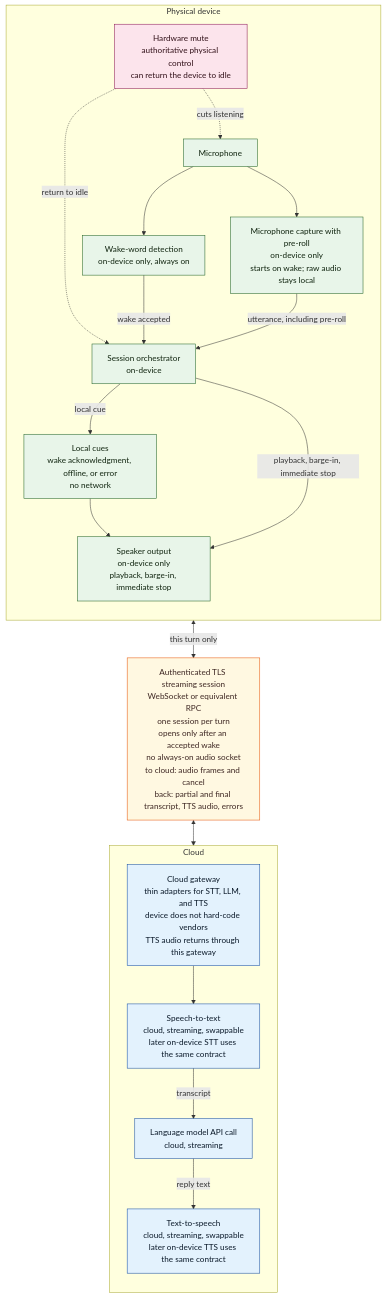
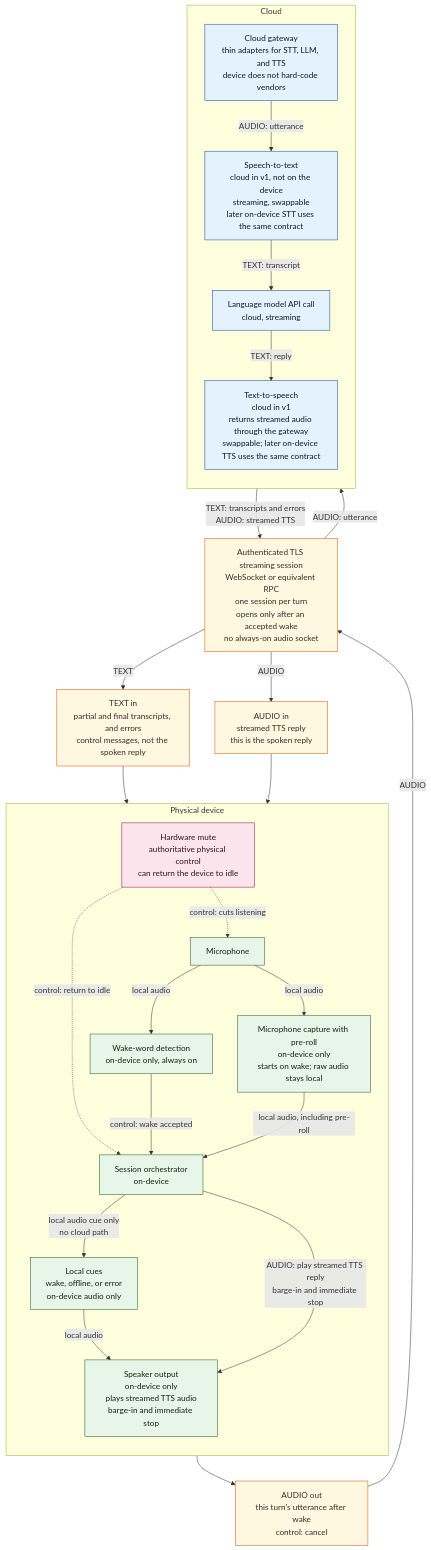
The diagram in docs/architecture.md (ndeivasi/hardware-voice-ai), drawn with Mermaid before and after one commit. The commit also changed other lines of this file, not shown here.

Commit message:
State what the device sends and receives in the architecture baseline.
Label v1 device I/O as utterance audio out, transcript text back, and streamed TTS audio for playback.

````diff
--- a/docs/architecture.md
+++ b/docs/architecture.md
@@ -15,47 +25,54 @@
 ```mermaid
 flowchart TB
   subgraph device["Physical device"]
     direction TB
     mute["Hardware mute<br/>authoritative physical control<br/>can return the device to idle"]
     mic["Microphone"]
     wake["Wake-word detection<br/>on-device only, always on"]
     cap["Microphone capture with pre-roll<br/>on-device only<br/>starts on wake; raw audio stays local"]
     orch["Session orchestrator<br/>on-device"]
-    cues["Local cues<br/>wake acknowledgment, offline, or error<br/>no network"]
-    spk["Speaker output<br/>on-device only<br/>playback, barge-in, immediate stop"]
-    mute -.->|"cuts listening"| mic
-    mute -.->|"return to idle"| orch
-    mic --> wake
-    mic --> cap
-    wake -->|"wake accepted"| orch
-    cap -->|"utterance, including pre-roll"| orch
-    orch -->|"local cue"| cues
-    cues --> spk
-    orch -->|"playback, barge-in, immediate stop"| spk
+    cues["Local cues<br/>wake, offline, or error<br/>on-device audio only"]
+    spk["Speaker output<br/>on-device only<br/>plays streamed TTS audio<br/>barge-in and immediate stop"]
+    mute -.->|"control: cuts listening"| mic
+    mute -.->|"control: return to idle"| orch
+    mic -->|"local audio"| wake
+    mic -->|"local audio"| cap
+    wake -->|"control: wake accepted"| orch
+    cap -->|"local audio, including pre-roll"| orch
+    orch -->|"local audio cue only<br/>no cloud path"| cues
+    cues -->|"local audio"| spk
+    orch -->|"AUDIO: play streamed TTS reply<br/>barge-in and immediate stop"| spk
   end
 
-  session["Authenticated TLS streaming session<br/>WebSocket or equivalent RPC<br/>one session per turn<br/>opens only after an accepted wake<br/>no always-on audio socket<br/>to cloud: audio frames and cancel<br/>back: partial and final transcript, TTS audio, errors"]
+  session["Authenticated TLS streaming session<br/>WebSocket or equivalent RPC<br/>one session per turn<br/>opens only after an accepted wake<br/>no always-on audio socket"]
 
   subgraph cloud["Cloud"]
     direction TB
-    gw["Cloud gateway<br/>thin adapters for STT, LLM, and TTS<br/>device does not hard-code vendors<br/>TTS audio returns through this gateway"]
-    stt["Speech-to-text<br/>cloud, streaming, swappable<br/>later on-device STT uses the same contract"]
+    gw["Cloud gateway<br/>thin adapters for STT, LLM, and TTS<br/>device does not hard-code vendors"]
+    stt["Speech-to-text<br/>cloud in v1, not on the device<br/>streaming, swappable<br/>later on-device STT uses the same contract"]
     llm["Language model API call<br/>cloud, streaming"]
-    tts["Text-to-speech<br/>cloud, streaming, swappable<br/>later on-device TTS uses the same contract"]
-    gw --> stt
-    stt -->|"transcript"| llm
-    llm -->|"reply text"| tts
+    tts["Text-to-speech<br/>cloud in v1<br/>returns streamed audio through the gateway<br/>swappable; later on-device TTS uses the same contract"]
+    gw -->|"AUDIO: utterance"| stt
+    stt -->|"TEXT: transcript"| llm
+    llm -->|"TEXT: reply"| tts
   end
 
-  orch <-->|"this turn only"| session
-  session <--> gw
+  audioOut["AUDIO out<br/>this turn's utterance after wake<br/>control: cancel"]
+  textIn["TEXT in<br/>partial and final transcripts, and errors<br/>control messages, not the spoken reply"]
+  audioIn["AUDIO in<br/>streamed TTS reply<br/>this is the spoken reply"]
+
+  orch --> audioOut -->|"AUDIO"| session
+  session -->|"TEXT"| textIn --> orch
+  session -->|"AUDIO"| audioIn --> orch
+  session -->|"AUDIO: utterance"| gw
+  gw -->|"TEXT: transcripts and errors<br/>AUDIO: streamed TTS"| session
 
   classDef onDevice fill:#e8f5e9,stroke:#1b5e20,color:#10240f
   classDef cloud fill:#e3f2fd,stroke:#0d47a1,color:#0a1929
   classDef link fill:#fff8e1,stroke:#e65100,color:#3e2723
   classDef control fill:#fce4ec,stroke:#880e4f,color:#311018
   class mic,wake,cap,orch,cues,spk onDevice
   class gw,stt,llm,tts cloud
-  class session link
+  class session,audioOut,textIn,audioIn link
   class mute control
 ```
````
